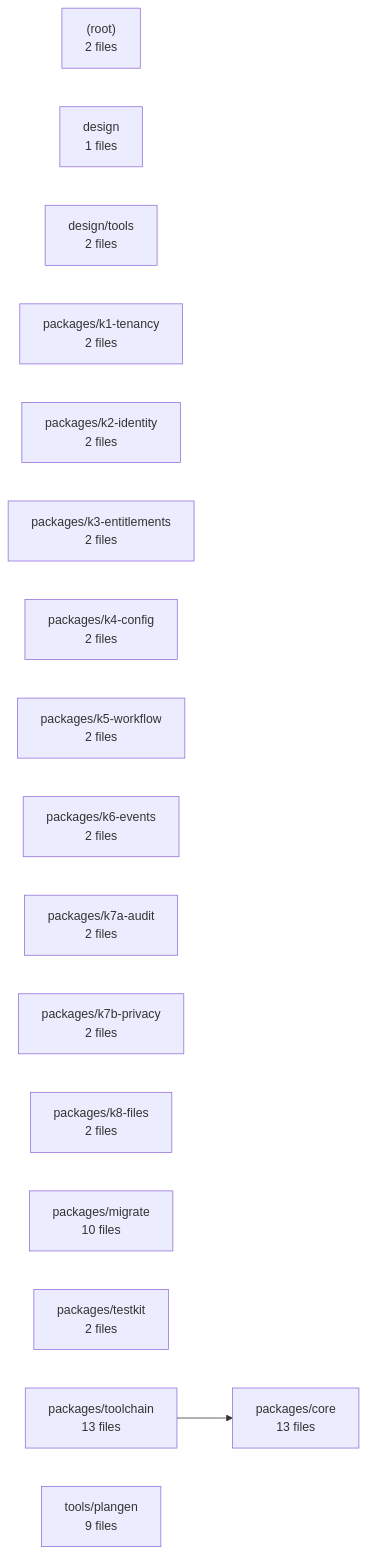
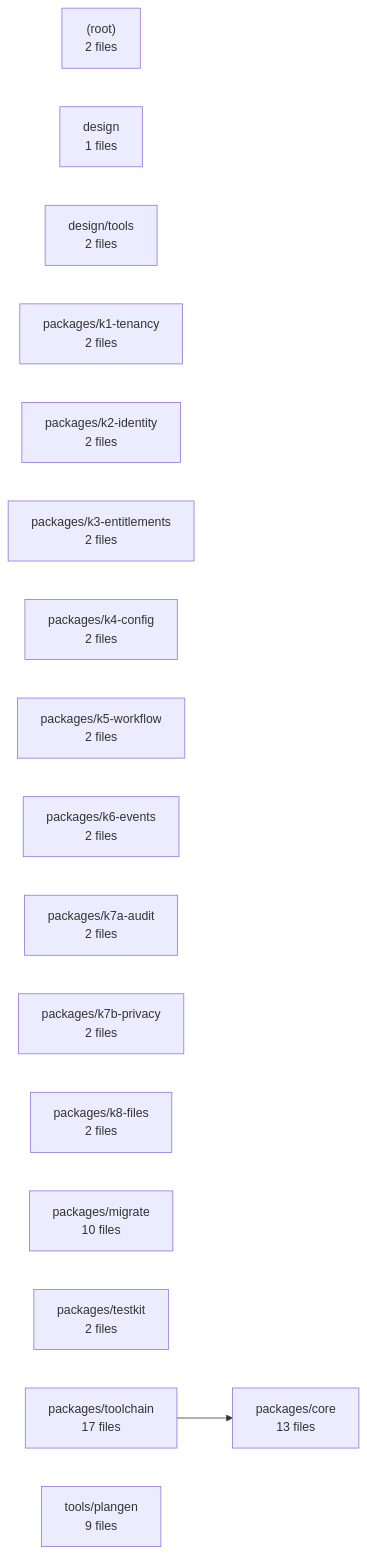
One commit to AadarshMishraa/epc_dashboard changed the diagram in .claude/map/diagrams/modules.mmd. Above: the diagram before and after it, drawn with Mermaid. The commit also changed 48 other files, not shown here.

```diff
--- a/.claude/map/diagrams/modules.mmd
+++ b/.claude/map/diagrams/modules.mmd
@@ -1,19 +1,19 @@
 flowchart LR
   _root_["(root)<br/>2 files"]
   design["design<br/>1 files"]
   design_tools["design/tools<br/>2 files"]
   packages_core["packages/core<br/>13 files"]
   packages_k1_tenancy["packages/k1-tenancy<br/>2 files"]
   packages_k2_identity["packages/k2-identity<br/>2 files"]
   packages_k3_entitlements["packages/k3-entitlements<br/>2 files"]
   packages_k4_config["packages/k4-config<br/>2 files"]
   packages_k5_workflow["packages/k5-workflow<br/>2 files"]
   packages_k6_events["packages/k6-events<br/>2 files"]
   packages_k7a_audit["packages/k7a-audit<br/>2 files"]
   packages_k7b_privacy["packages/k7b-privacy<br/>2 files"]
   packages_k8_files["packages/k8-files<br/>2 files"]
   packages_migrate["packages/migrate<br/>10 files"]
   packages_testkit["packages/testkit<br/>2 files"]
-  packages_toolchain["packages/toolchain<br/>13 files"]
+  packages_toolchain["packages/toolchain<br/>17 files"]
   tools_plangen["tools/plangen<br/>9 files"]
   packages_toolchain --> packages_core
```
